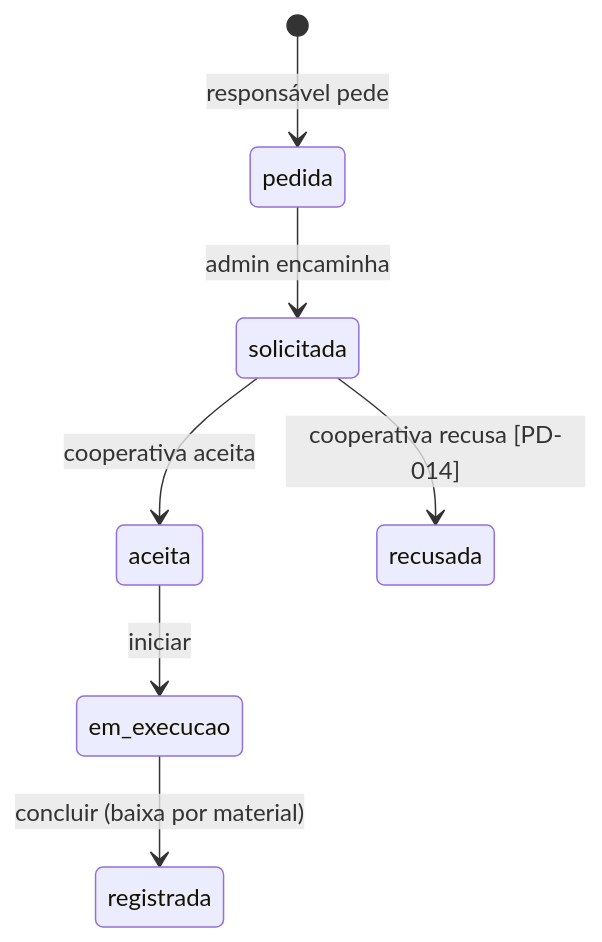
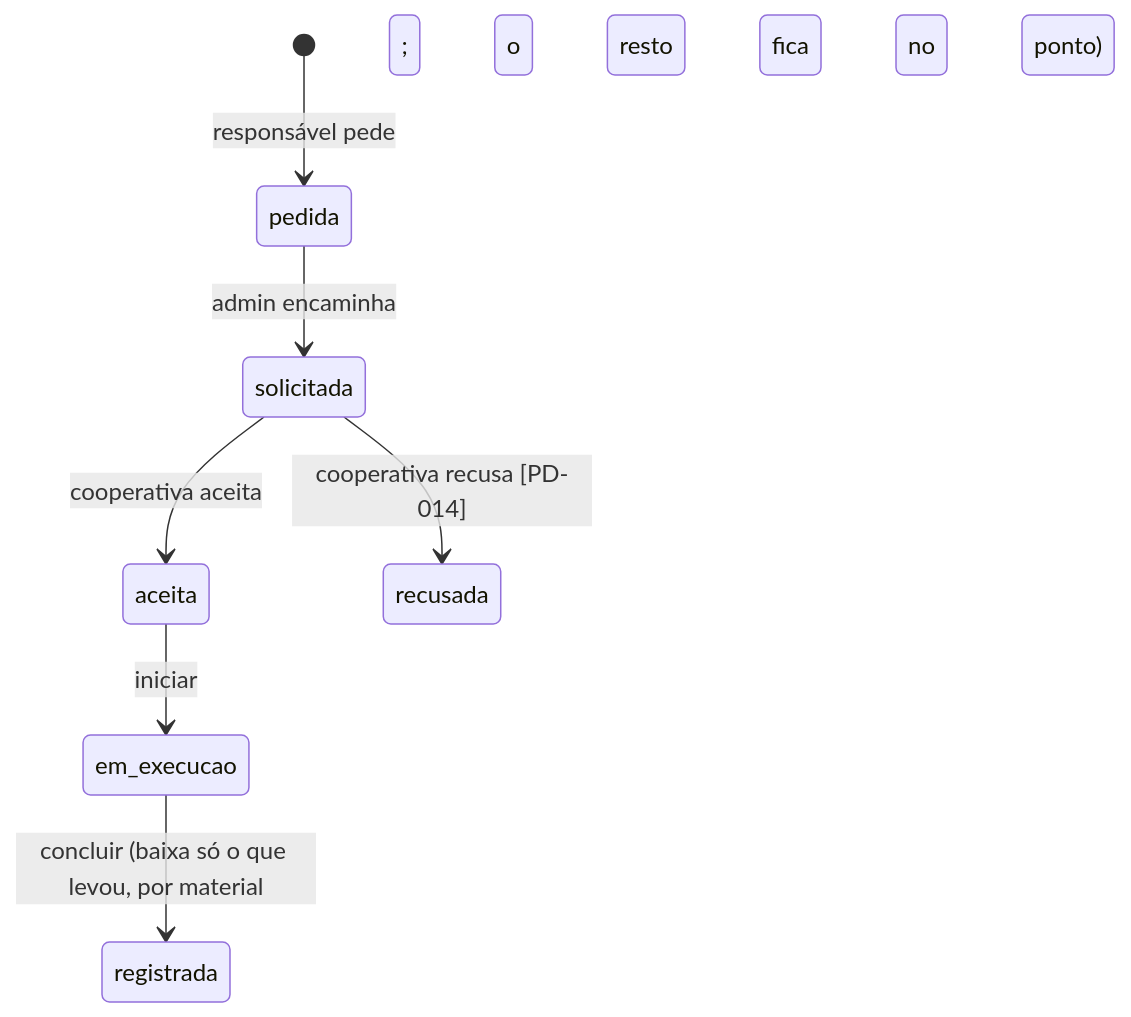
The fourth of 9 diagrams in docs/02-arquitetura/diagramas.md (Residuum-Organization/residuum-documentacao), drawn with Mermaid before and after one commit. The commit also changed other lines of this file, not shown here.

Commit message:
docs(arquitetura): diagramas alinhados às decisões e novos de pagamento e campanha

````diff
--- a/docs/02-arquitetura/diagramas.md
+++ b/docs/02-arquitetura/diagramas.md
@@ -56,9 +56,9 @@
 ```mermaid
 stateDiagram-v2
   [*] --> pedida: responsável pede
   pedida --> solicitada: admin encaminha
   solicitada --> aceita: cooperativa aceita
   solicitada --> recusada: cooperativa recusa [PD-014]
   aceita --> em_execucao: iniciar
-  em_execucao --> registrada: concluir (baixa por material)
+  em_execucao --> registrada: concluir (baixa só o que levou, por material; o resto fica no ponto)
 ```
````
